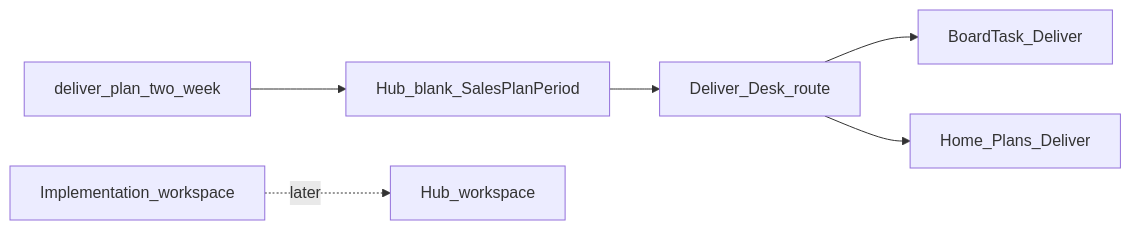
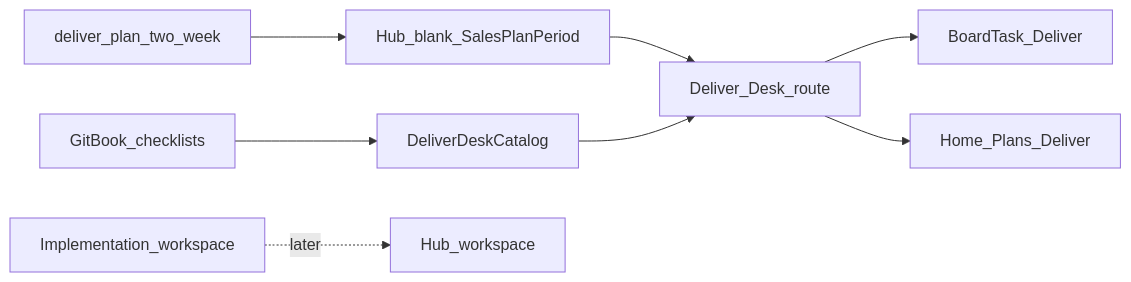
One commit to mkeslin/tls-docs-repo changed the diagram in internal/backlog/design/hub-deliver-desk.md. Above: the diagram before and after it, drawn with Mermaid. The commit also changed other lines of this file, not shown here.

First line of the commit message:
Document Deliver Desk v0.2 checklist tools.

````diff
--- a/internal/backlog/design/hub-deliver-desk.md
+++ b/internal/backlog/design/hub-deliver-desk.md
@@ -63,8 +69,10 @@
 ```mermaid
 flowchart LR
   tpl[deliver_plan_two_week] --> blank[Hub_blank_SalesPlanPeriod]
+  docs[GitBook_checklists] --> catalog[DeliverDeskCatalog]
   blank --> desk[Deliver_Desk_route]
+  catalog --> desk
   desk --> board[BoardTask_Deliver]
   desk --> home[Home_Plans_Deliver]
   workspace[Implementation_workspace] -.->|later| hubWs[Hub_workspace]
 ```
````
